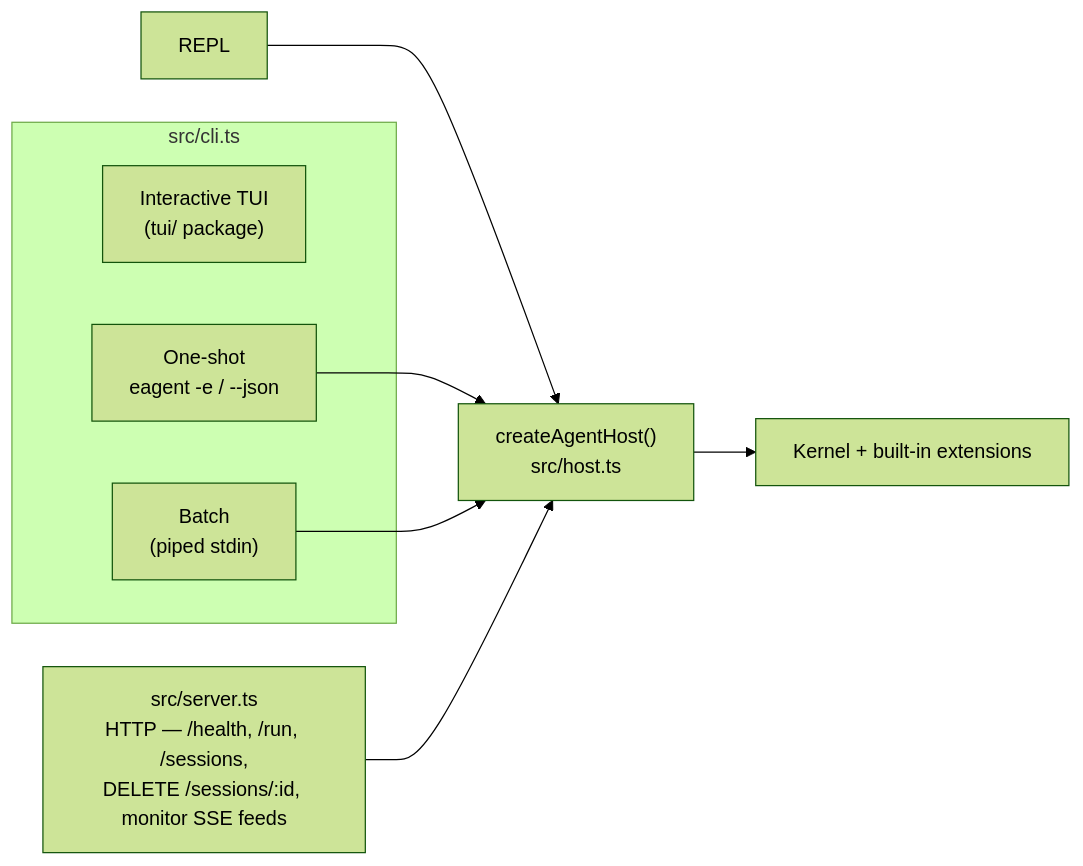
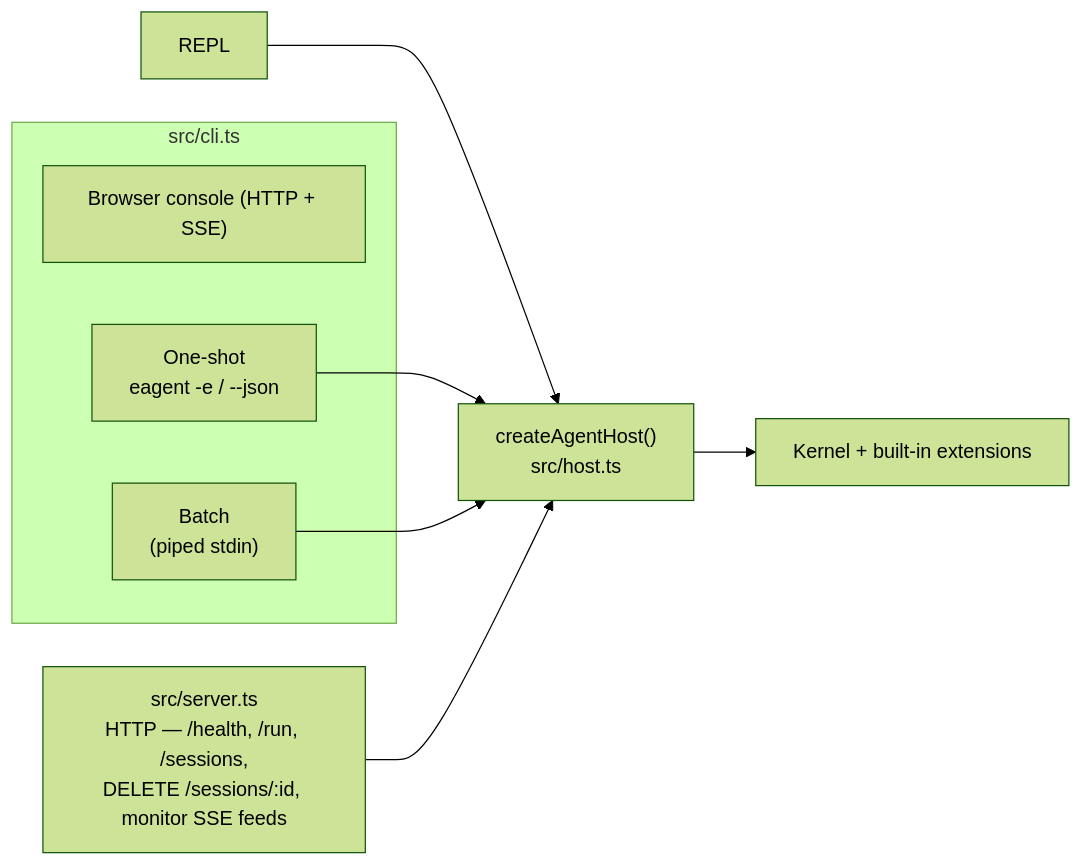
One commit to caohaotiantian/EAgent changed the fifth of 5 diagrams in packages/eagent/README.md. Above: the diagram before and after it, drawn with Mermaid (forest theme). The commit also changed other lines of this file and 3 other files, not shown here.

First line of the commit message:
docs: the package guides describe one package and a browser surface

````diff
--- a/packages/eagent/README.md
+++ b/packages/eagent/README.md
@@ -351,16 +351,16 @@
 ```mermaid
 flowchart LR
     subgraph CLI["src/cli.ts"]
-        TUI["Interactive TUI<br/>(tui/ package)"]
+        WEB["Browser console (HTTP + SSE)"]
         ONE["One-shot<br/>eagent -e / --json"]
         BATCH["Batch<br/>(piped stdin)"]
     end
     SRV["src/server.ts<br/>HTTP — /health, /run, /sessions,<br/>DELETE /sessions/:id, monitor SSE feeds"]
     HOST["createAgentHost()<br/>src/host.ts"]
     K["Kernel + built-in extensions"]
     REPL --> HOST
     ONE --> HOST
     BATCH --> HOST
     SRV --> HOST
     HOST --> K
 ```
````
